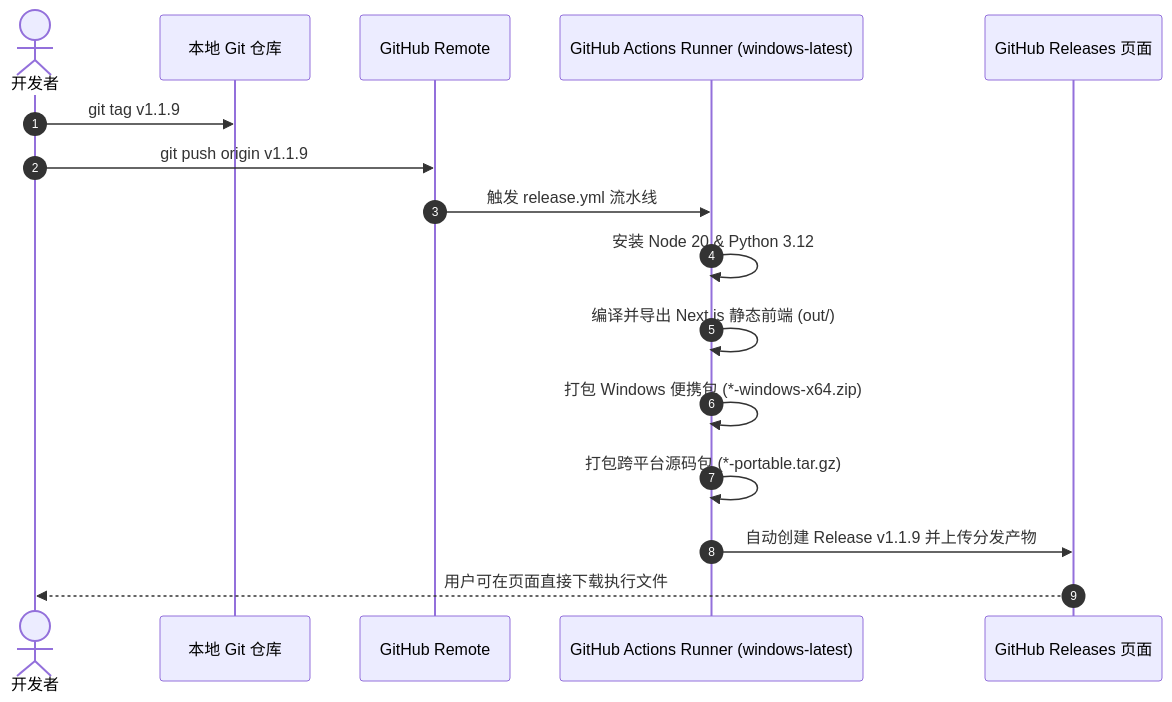
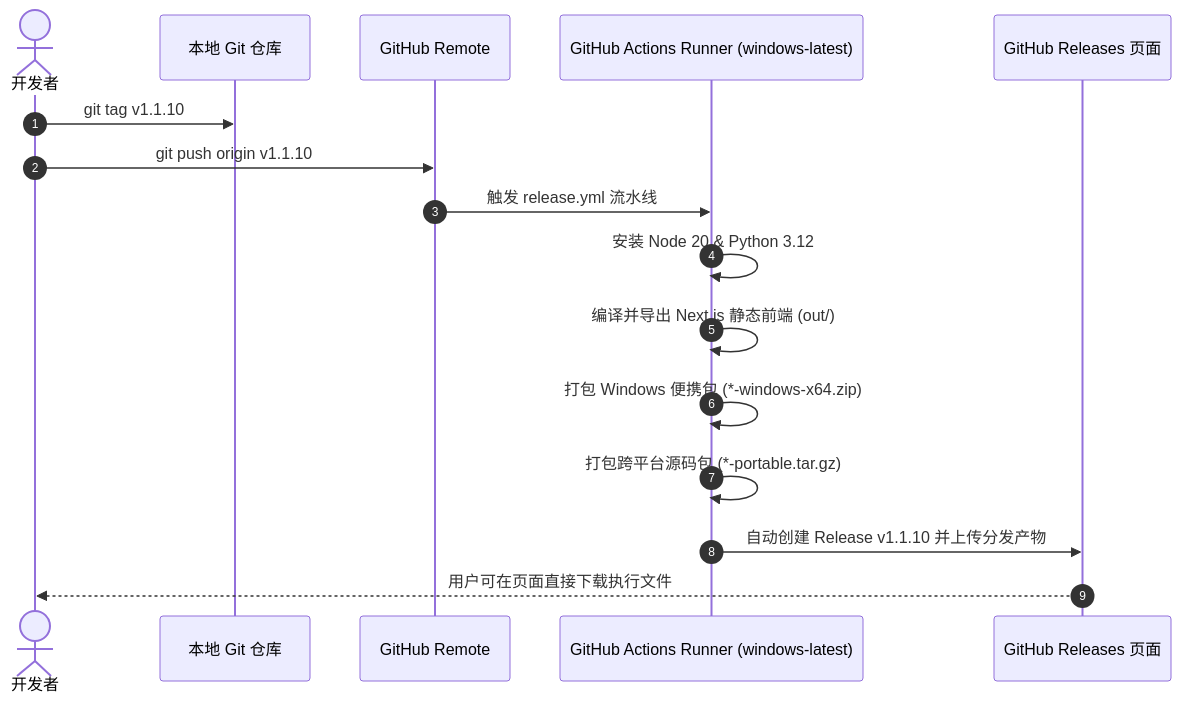
Before and after one commit to voodooq/agenthub-local: the second of 2 diagrams in README.md, drawn with Mermaid. The commit also changed other lines of this file and 27 other files, not shown here.

````diff
--- a/README.md
+++ b/README.md
@@ -259,19 +273,19 @@
 ```mermaid
 sequenceDiagram
     autonumber
     actor Dev as 开发者
     participant Git as 本地 Git 仓库
     participant GH as GitHub Remote
     participant Actions as GitHub Actions Runner (windows-latest)
     participant Releases as GitHub Releases 页面
 
-    Dev->>Git: git tag v1.1.9
-    Dev->>GH: git push origin v1.1.9
+    Dev->>Git: git tag v1.1.10
+    Dev->>GH: git push origin v1.1.10
     GH->>Actions: 触发 release.yml 流水线
     Actions->>Actions: 安装 Node 20 & Python 3.12
     Actions->>Actions: 编译并导出 Next.js 静态前端 (out/)
     Actions->>Actions: 打包 Windows 便携包 (*-windows-x64.zip)
     Actions->>Actions: 打包跨平台源码包 (*-portable.tar.gz)
-    Actions->>Releases: 自动创建 Release v1.1.9 并上传分发产物
+    Actions->>Releases: 自动创建 Release v1.1.10 并上传分发产物
     Releases-->>Dev: 用户可在页面直接下载执行文件
 ```
````
